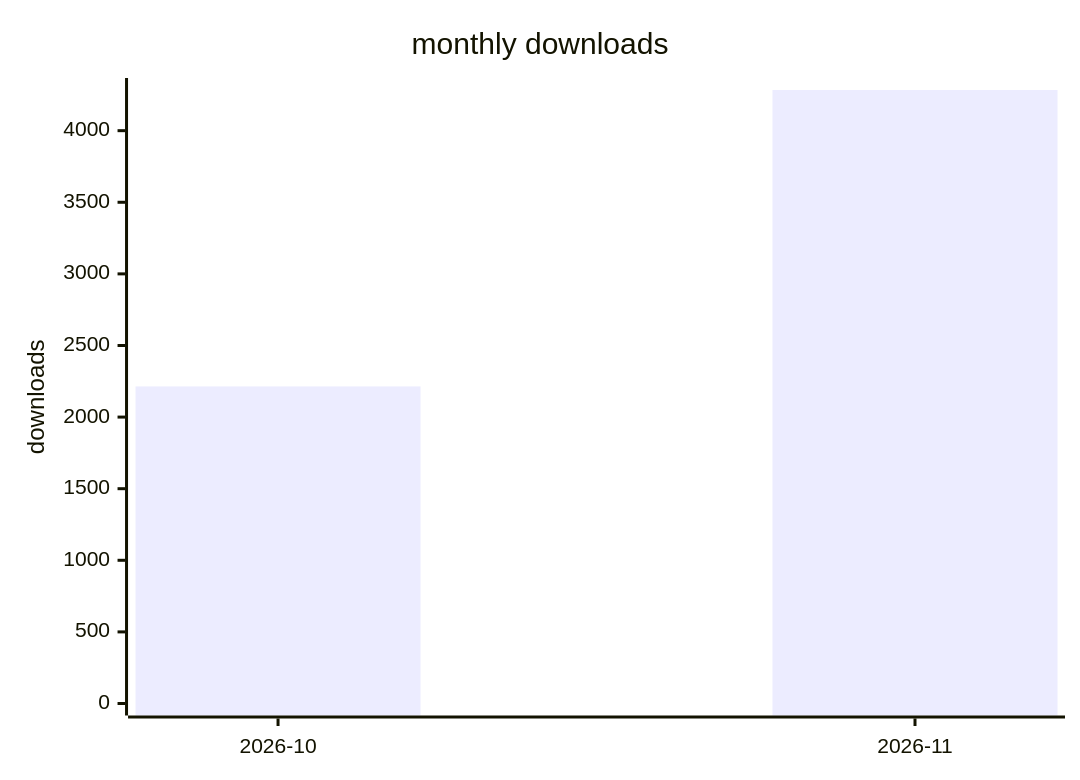
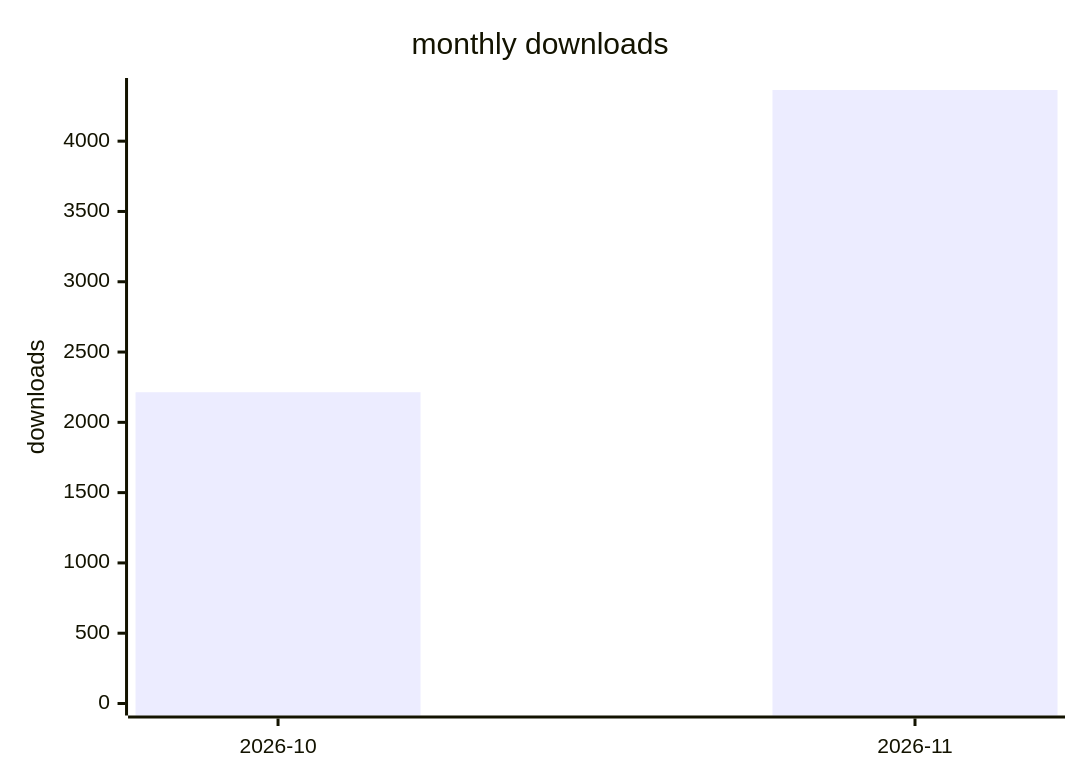
One commit to terry2010/dsh-rss-news-daily changed the second of 2 diagrams in docs/downloads-2026.md. Above: the diagram before and after it, drawn with Mermaid. The commit also changed other lines of this file and 1 other file, not shown here.

````diff
--- a/docs/downloads-2026.md
+++ b/docs/downloads-2026.md
@@ -29,7 +29,7 @@
 ```mermaid
 xychart-beta
     title "monthly downloads"
     x-axis ["2026-10", "2026-11"]
-    y-axis "downloads" 0 --> 4284
-    bar [2214, 4284]
+    y-axis "downloads" 0 --> 4364
+    bar [2214, 4364]
 ```
````
